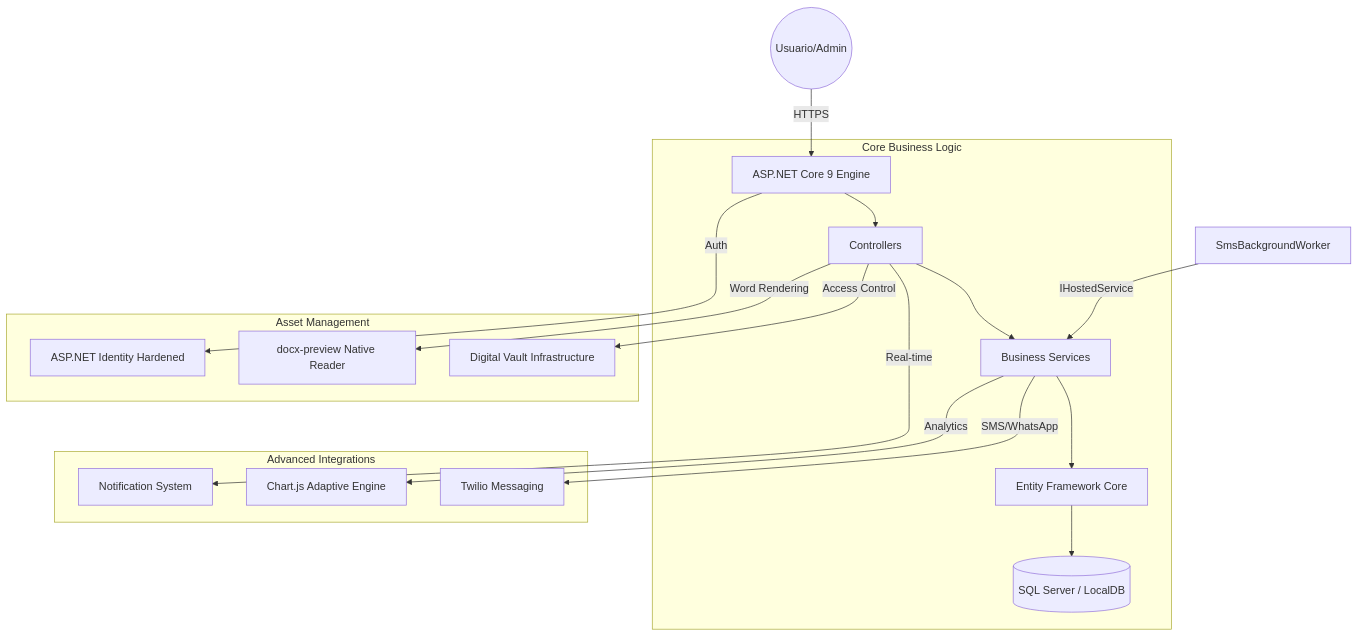
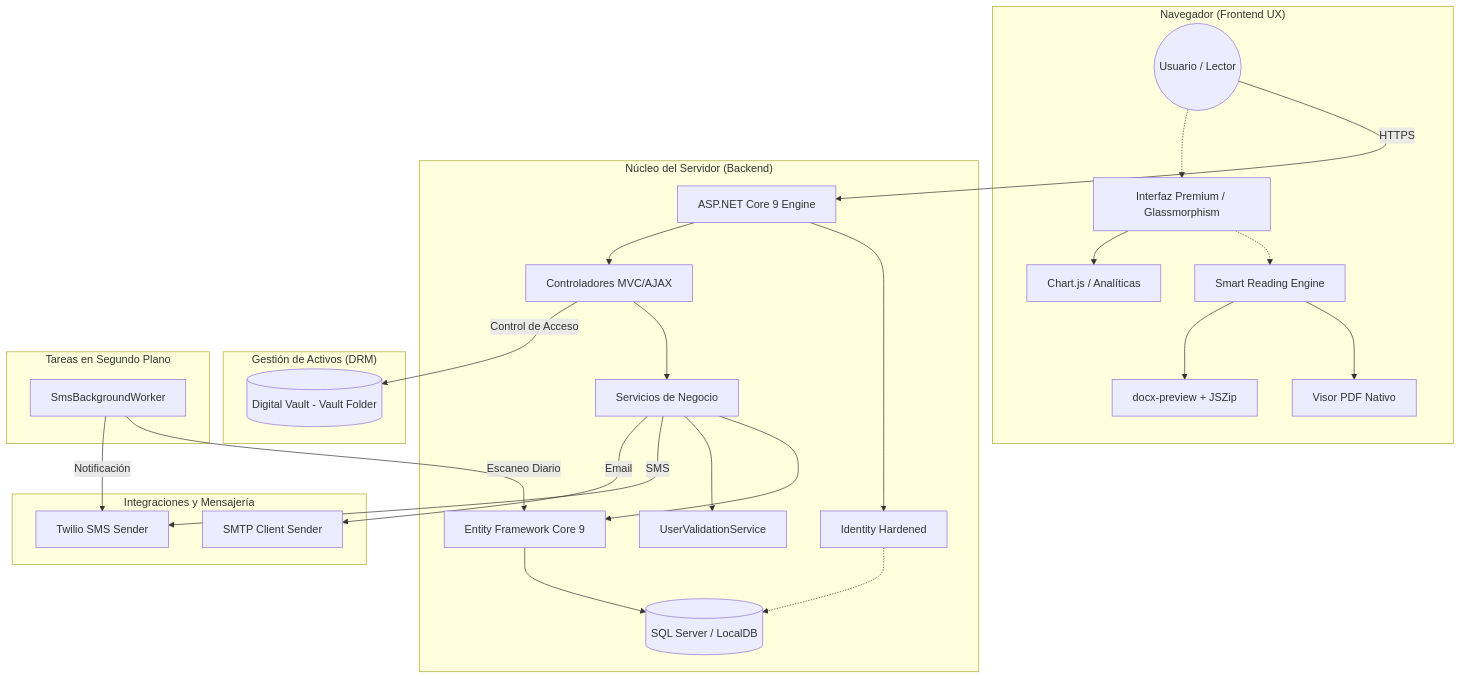
One commit to dagomezpulid/BibliotecaMVC changed the diagram in README.md. Above: the diagram before and after it, drawn with Mermaid.

````diff
--- a/README.md
+++ b/README.md
@@ -44,21 +44,37 @@
 ```mermaid
 graph TD
-    User((Usuario/Admin)) -->|HTTPS| WebServer[ASP.NET Core 9 Engine]
-    subgraph "Core Business Logic"
-        WebServer --> Controllers[Controllers]
-        Controllers --> Services[Business Services]
-        Services --> EF[Entity Framework Core]
+    User((Usuario / Lector)) -->|HTTPS| WebServer[ASP.NET Core 9 Engine]
+    
+    subgraph "Navegador (Frontend UX)"
+        User -.-> UX[Interfaz Premium / Glassmorphism]
+        UX -.-> Reader[Smart Reading Engine]
+        Reader --> PDF[Visor PDF Nativo]
+        Reader --> Word[docx-preview + JSZip]
+        UX --> Charts[Chart.js / Analíticas]
+    end
+
+    subgraph "Núcleo del Servidor (Backend)"
+        WebServer --> Auth[Identity Hardened]
+        WebServer --> Controllers[Controladores MVC/AJAX]
+        Controllers --> Logic[Servicios de Negocio]
+        Logic --> EF[Entity Framework Core 9]
         EF --> DB[(SQL Server / LocalDB)]
+        Logic --> UV[UserValidationService]
     end
-    subgraph "Advanced Integrations"
-        Services -->|SMS/WhatsApp| Twilio[Twilio Messaging]
-        Services -->|Analytics| Charts[Chart.js Adaptive Engine]
-        Controllers -->|Real-time| Notif[Notification System]
+
+    subgraph "Integraciones y Mensajería"
+        Logic -->|SMS| Twilio[Twilio SMS Sender]
+        Logic -->|Email| SMTP[SMTP Client Sender]
     end
-    subgraph "Asset Management"
-        Controllers -->|Access Control| Vault[Digital Vault Infrastructure]
-        Controllers -->|Word Rendering| DocxPreview[docx-preview Native Reader]
-        WebServer -->|Auth| Identity[ASP.NET Identity Hardened]
+
+    subgraph "Gestión de Activos (DRM)"
+        Controllers -->|Control de Acceso| Vault[(Digital Vault - Vault Folder)]
     end
-    Worker[SmsBackgroundWorker] -->|IHostedService| Services
+
+    subgraph "Tareas en Segundo Plano"
+        Worker[SmsBackgroundWorker] -->|Escaneo Diario| EF
+        Worker -->|Notificación| Twilio
+    end
+
+    Auth -.-> DB
 ```
````
